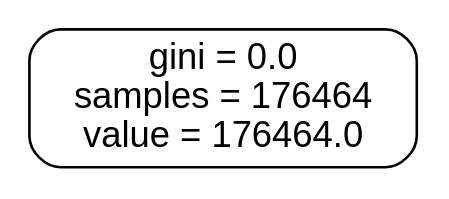
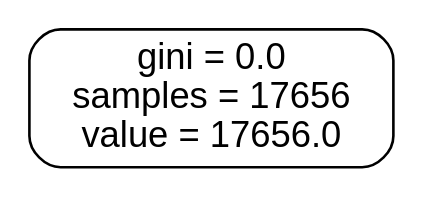
The diagram in Oracles/Oracle_0.5_20.dot (Steffanic/ML-Jet-BG-Subtraction), drawn with Graphviz before and after one commit. The commit also changed 222 other files, not shown here.

```diff
--- a/Oracles/Oracle_0.5_20.dot
+++ b/Oracles/Oracle_0.5_20.dot
@@ -1,5 +1,5 @@
 digraph Tree {
 node [shape=box, style="filled, rounded", color="black", fontname=helvetica] ;
 edge [fontname=helvetica] ;
-0 [label="gini = 0.0\nsamples = 176464\nvalue = 176464.0", fillcolor="#ffffff"] ;
+0 [label="gini = 0.0\nsamples = 17656\nvalue = 17656.0", fillcolor="#ffffff"] ;
 }
```
